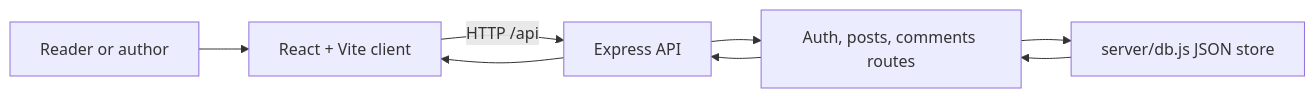
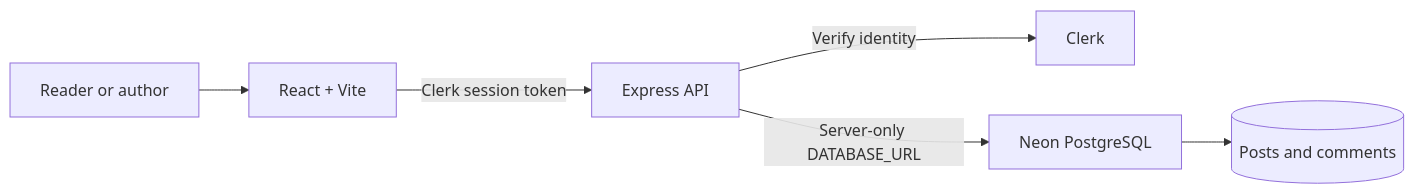
Before and after one commit to kalyan870/blog-platform: the diagram in README.md, drawn with Mermaid. The commit also changed other lines of this file and 28 other files, not shown here.

Commit message:
Add Clerk auth and Neon storage to blog (#2)

````diff
--- a/README.md
+++ b/README.md
@@ -13,8 +7,8 @@
 ```mermaid
 flowchart LR
-  U[Reader or author] --> C[React + Vite client]
-  C -->|HTTP /api| A[Express API]
-  A --> R[Auth, posts, comments routes]
-  R --> D[server/db.js JSON store]
-  D --> R --> A --> C
+  Reader[Reader or author] --> UI[React + Vite]
+  UI -->|Clerk session token| API[Express API]
+  API -->|Verify identity| Clerk[Clerk]
+  API -->|Server-only DATABASE_URL| Neon[Neon PostgreSQL]
+  Neon --> Posts[(Posts and comments)]
 ```
````
